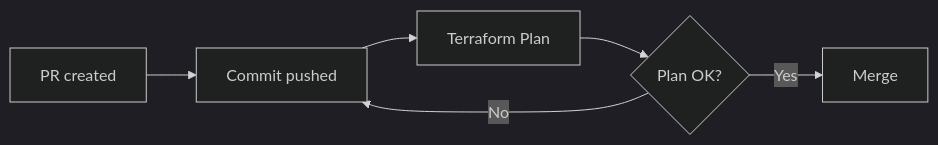
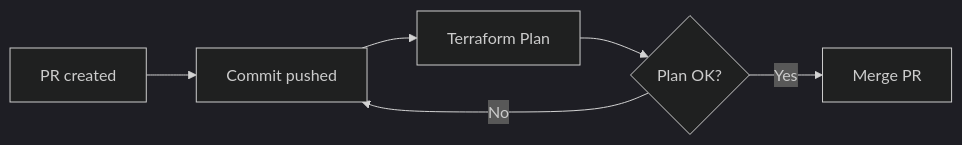
Before and after one commit to nathanjnorris/nathanjnorris.github.io: the first of 2 diagrams in _posts/2025-01-06-plex-serv-arr.md, drawn with Mermaid (dark theme).

Commit message:
Update diagram

````diff
--- a/_posts/2025-01-06-plex-serv-arr.md
+++ b/_posts/2025-01-06-plex-serv-arr.md
@@ -101,8 +101,8 @@
 ```mermaid
   flowchart LR
     A[PR created] --> B[Commit pushed]
     B --> C[Terraform Plan]
     C --> D{Plan OK?}
-    D -- Yes --> E[Merge]
+    D -- Yes --> E[Merge PR]
     D -- No --> B
 ```
````
